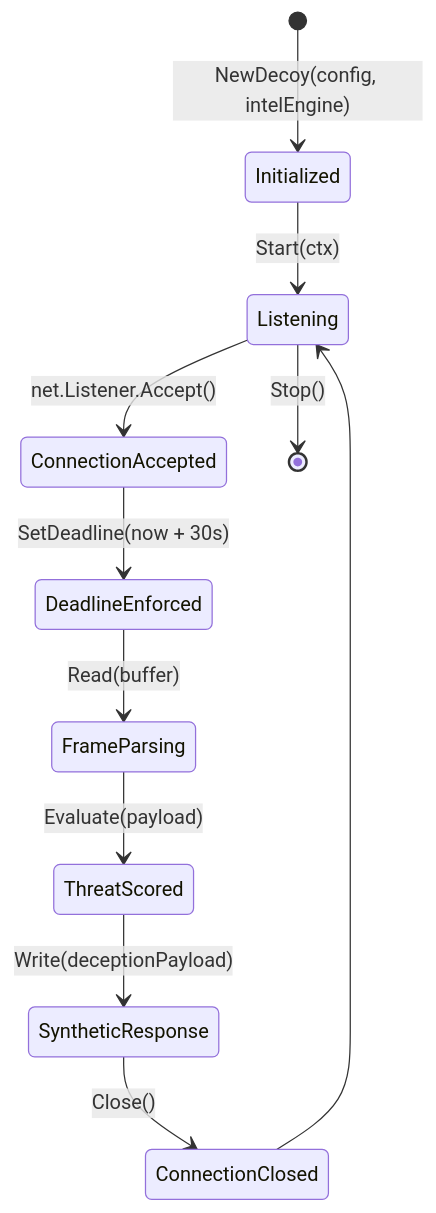
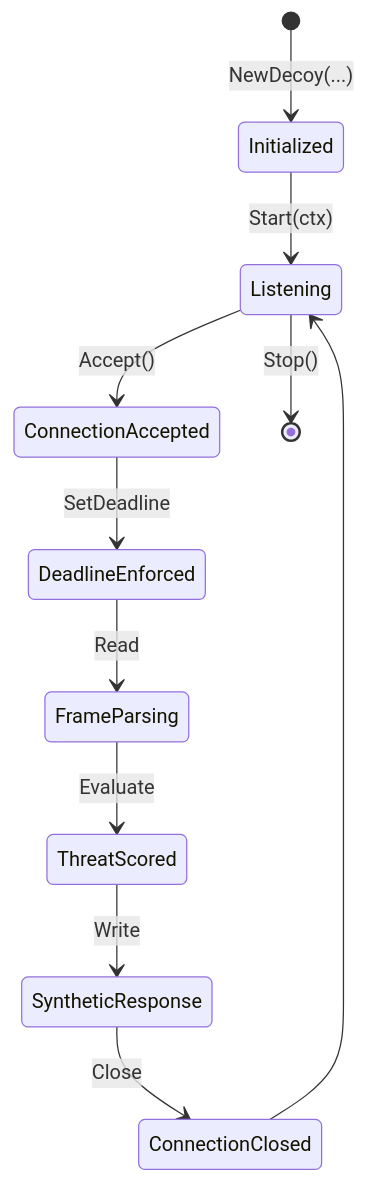
Before and after one commit to Haiagari/shinkiro: the second of 2 diagrams in docs/api/architecture-overview.md, drawn with Mermaid. The commit also changed other lines of this file and 8 other files, not shown here.

````diff
--- a/docs/api/architecture-overview.md
+++ b/docs/api/architecture-overview.md
@@ -227,13 +165,13 @@
 ```mermaid
 stateDiagram-v2
-    [*] --> Initialized: NewDecoy(config, intelEngine)
+    [*] --> Initialized: NewDecoy(...)
     Initialized --> Listening: Start(ctx)
-    Listening --> ConnectionAccepted: net.Listener.Accept()
-    ConnectionAccepted --> DeadlineEnforced: SetDeadline(now + 30s)
-    DeadlineEnforced --> FrameParsing: Read(buffer)
-    FrameParsing --> ThreatScored: Evaluate(payload)
-    ThreatScored --> SyntheticResponse: Write(deceptionPayload)
-    SyntheticResponse --> ConnectionClosed: Close()
+    Listening --> ConnectionAccepted: Accept()
+    ConnectionAccepted --> DeadlineEnforced: SetDeadline
+    DeadlineEnforced --> FrameParsing: Read
+    FrameParsing --> ThreatScored: Evaluate
+    ThreatScored --> SyntheticResponse: Write
+    SyntheticResponse --> ConnectionClosed: Close
     ConnectionClosed --> Listening
     Listening --> [*]: Stop()
 ```
````
